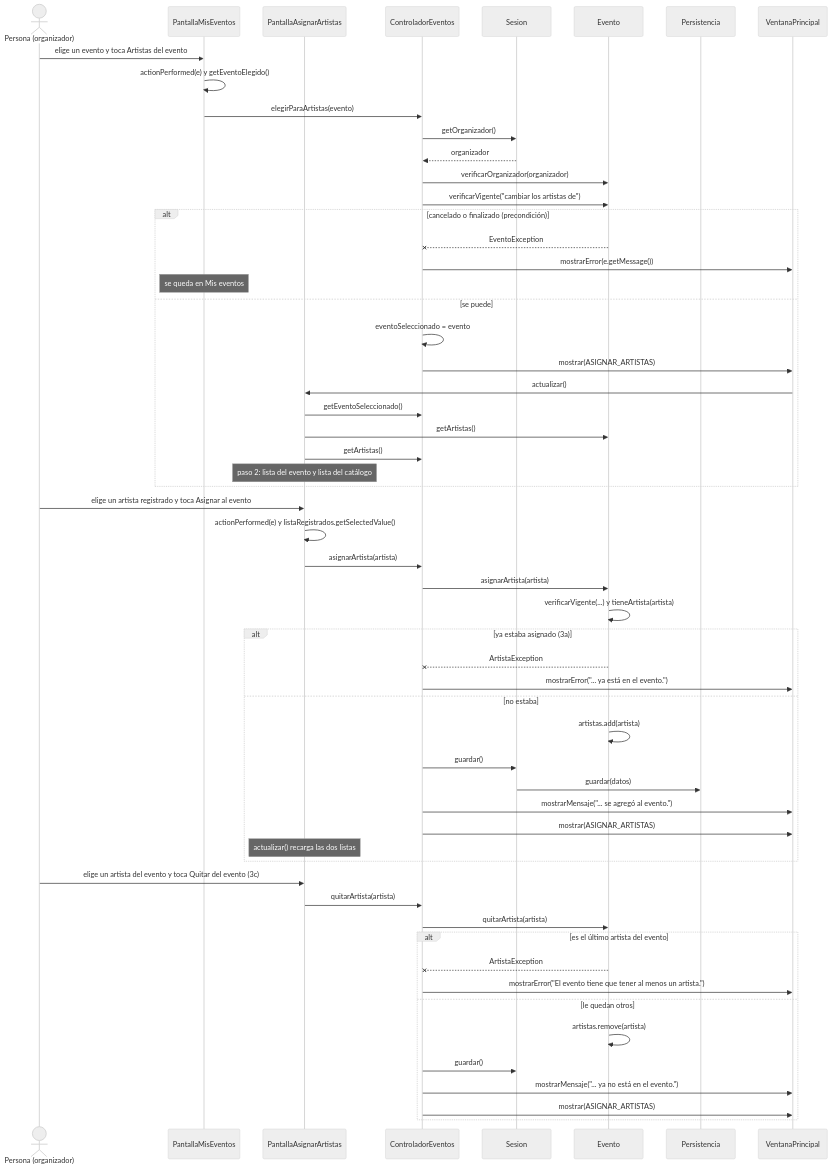
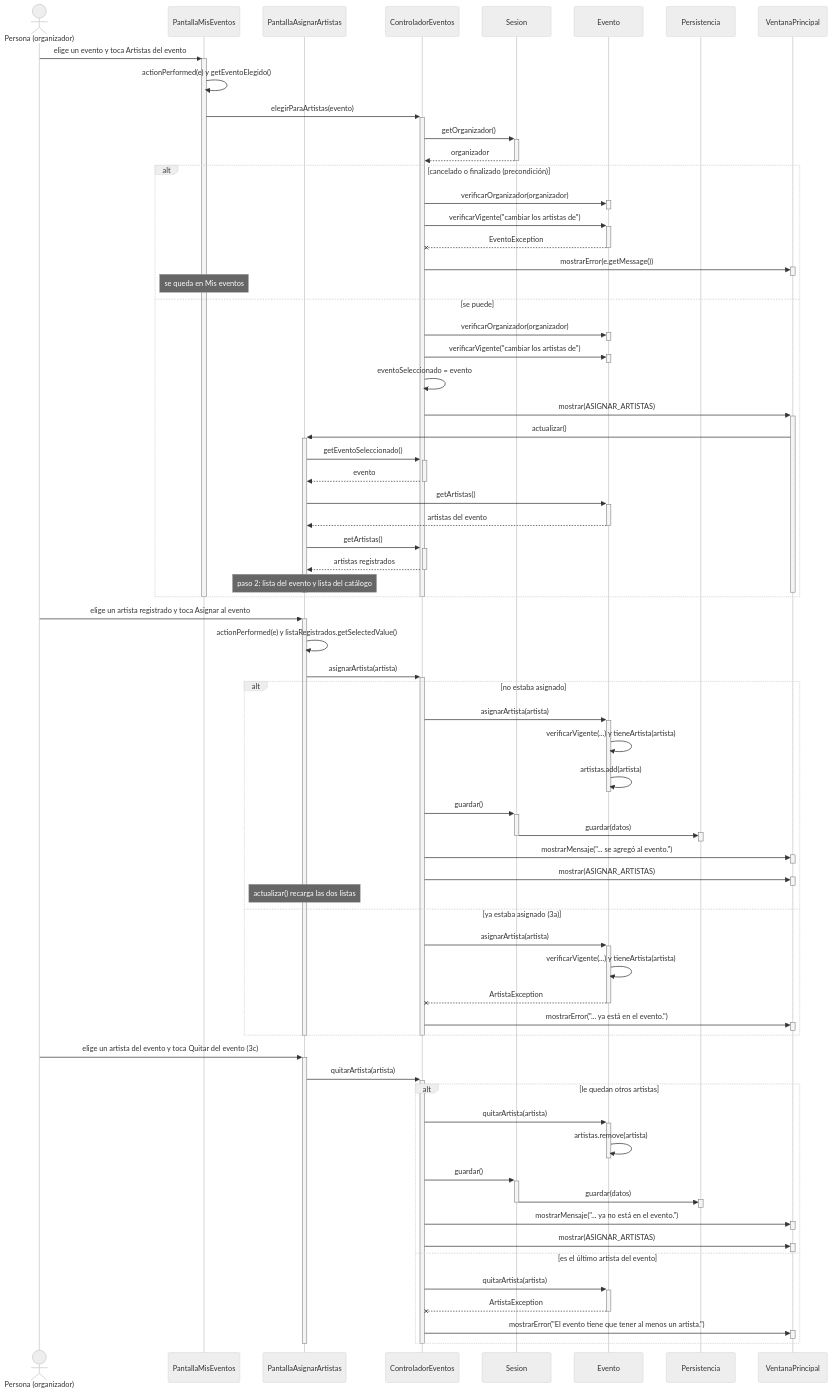
Before and after one commit to AgustinSimonenco/gestion-eventos-musicales: the diagram in docs/diseno/secuencias/CU06-asignar-artistas.md, drawn with Mermaid (neutral theme). The commit also changed 12 other files, not shown here.

First line of the commit message:
Agregar barras de activación a todos los diagramas de secuencia

````diff
--- a/docs/diseno/secuencias/CU06-asignar-artistas.md
+++ b/docs/diseno/secuencias/CU06-asignar-artistas.md
@@ -17,54 +17,87 @@
     participant PE as Persistencia
     participant V as VentanaPrincipal
 
-    O->>PM: elige un evento y toca Artistas del evento
+    O->>+PM: elige un evento y toca Artistas del evento
     PM->>PM: actionPerformed(e) y getEventoElegido()
-    PM->>C: elegirParaArtistas(evento)
-    C->>S: getOrganizador()
-    S-->>C: organizador
-    C->>E: verificarOrganizador(organizador)
-    C->>E: verificarVigente("cambiar los artistas de")
+    PM->>+C: elegirParaArtistas(evento)
+    C->>+S: getOrganizador()
+    S-->>-C: organizador
     alt cancelado o finalizado (precondición)
-        E--xC: EventoException
-        C->>V: mostrarError(e.getMessage())
+        C->>+E: verificarOrganizador(organizador)
+        deactivate E
+        C->>+E: verificarVigente("cambiar los artistas de")
+        E--x-C: EventoException
+        C->>+V: mostrarError(e.getMessage())
+        deactivate V
         Note over PM: se queda en Mis eventos
     else se puede
+        C->>+E: verificarOrganizador(organizador)
+        deactivate E
+        C->>+E: verificarVigente("cambiar los artistas de")
+        deactivate E
         C->>C: eventoSeleccionado = evento
-        C->>V: mostrar(ASIGNAR_ARTISTAS)
-        V->>PA: actualizar()
-        PA->>C: getEventoSeleccionado()
-        PA->>E: getArtistas()
-        PA->>C: getArtistas()
+        C->>+V: mostrar(ASIGNAR_ARTISTAS)
+        V->>+PA: actualizar()
+        PA->>+C: getEventoSeleccionado()
+        C-->>-PA: evento
+        PA->>+E: getArtistas()
+        E-->>-PA: artistas del evento
+        PA->>+C: getArtistas()
+        C-->>-PA: artistas registrados
         Note over PA: paso 2: lista del evento y lista del catálogo
+        deactivate PA
+        deactivate V
     end
+    deactivate C
+    deactivate PM
 
-    O->>PA: elige un artista registrado y toca Asignar al evento
+    O->>+PA: elige un artista registrado y toca Asignar al evento
     PA->>PA: actionPerformed(e) y listaRegistrados.getSelectedValue()
-    PA->>C: asignarArtista(artista)
-    C->>E: asignarArtista(artista)
-    E->>E: verificarVigente(...) y tieneArtista(artista)
-    alt ya estaba asignado (3a)
-        E--xC: ArtistaException
-        C->>V: mostrarError("... ya está en el evento.")
-    else no estaba
+    PA->>+C: asignarArtista(artista)
+    alt no estaba asignado
+        C->>+E: asignarArtista(artista)
+        E->>E: verificarVigente(...) y tieneArtista(artista)
         E->>E: artistas.add(artista)
-        C->>S: guardar()
-        S->>PE: guardar(datos)
-        C->>V: mostrarMensaje("... se agregó al evento.")
-        C->>V: mostrar(ASIGNAR_ARTISTAS)
+        deactivate E
+        C->>+S: guardar()
+        S->>+PE: guardar(datos)
+        deactivate PE
+        deactivate S
+        C->>+V: mostrarMensaje("... se agregó al evento.")
+        deactivate V
+        C->>+V: mostrar(ASIGNAR_ARTISTAS)
+        deactivate V
         Note over PA: actualizar() recarga las dos listas
+    else ya estaba asignado (3a)
+        C->>+E: asignarArtista(artista)
+        E->>E: verificarVigente(...) y tieneArtista(artista)
+        E--x-C: ArtistaException
+        C->>+V: mostrarError("... ya está en el evento.")
+        deactivate V
     end
+    deactivate C
+    deactivate PA
 
-    O->>PA: elige un artista del evento y toca Quitar del evento (3c)
-    PA->>C: quitarArtista(artista)
-    C->>E: quitarArtista(artista)
-    alt es el último artista del evento
-        E--xC: ArtistaException
-        C->>V: mostrarError("El evento tiene que tener al menos un artista.")
-    else le quedan otros
+    O->>+PA: elige un artista del evento y toca Quitar del evento (3c)
+    PA->>+C: quitarArtista(artista)
+    alt le quedan otros artistas
+        C->>+E: quitarArtista(artista)
         E->>E: artistas.remove(artista)
-        C->>S: guardar()
-        C->>V: mostrarMensaje("... ya no está en el evento.")
-        C->>V: mostrar(ASIGNAR_ARTISTAS)
+        deactivate E
+        C->>+S: guardar()
+        S->>+PE: guardar(datos)
+        deactivate PE
+        deactivate S
+        C->>+V: mostrarMensaje("... ya no está en el evento.")
+        deactivate V
+        C->>+V: mostrar(ASIGNAR_ARTISTAS)
+        deactivate V
+    else es el último artista del evento
+        C->>+E: quitarArtista(artista)
+        E--x-C: ArtistaException
+        C->>+V: mostrarError("El evento tiene que tener al menos un artista.")
+        deactivate V
     end
+    deactivate C
+    deactivate PA
 ```
````
